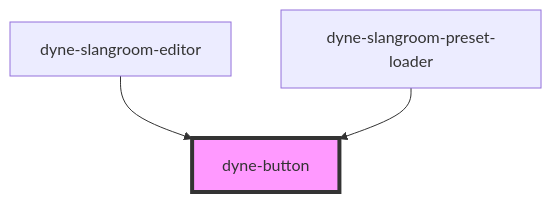
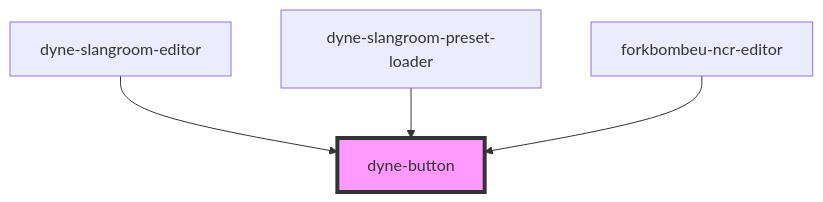
The diagram in src/components/dyne-button/readme.md (dyne/components), drawn with Mermaid before and after one commit. The commit also changed other lines of this file and 11 other files, not shown here.

First line of the commit message:
feat: first draft of forkbombeu-ncr-editor

````diff
--- a/src/components/dyne-button/readme.md
+++ b/src/components/dyne-button/readme.md
@@ -25,6 +26,7 @@
 ```mermaid
 graph TD;
   dyne-slangroom-editor --> dyne-button
   dyne-slangroom-preset-loader --> dyne-button
+  forkbombeu-ncr-editor --> dyne-button
   style dyne-button fill:#f9f,stroke:#333,stroke-width:4px
 ```
````
